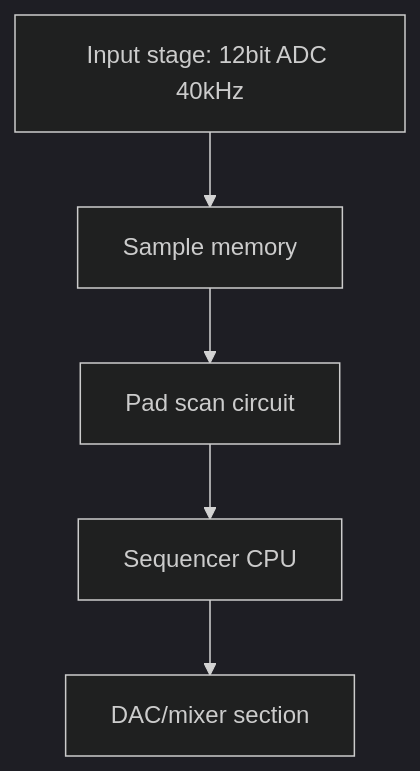
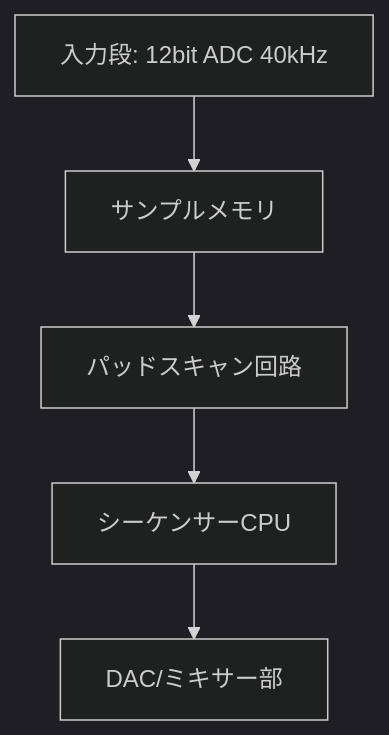
Before and after one commit to monumental-movement/monumental-movement.github.io: the fifth of 21 diagrams in en/_posts/2025-11-20-column-akai-mpc-60-emu-sp1200.md, drawn with Mermaid (dark theme). The commit also changed other lines of this file and 2196 other files, not shown here.

```diff
--- a/en/_posts/2025-11-20-column-akai-mpc-60-emu-sp1200.md
+++ b/en/_posts/2025-11-20-column-akai-mpc-60-emu-sp1200.md
@@ -287,9 +287,9 @@
 <div class="mermaid">
     
 flowchart TD
-    A["Input stage: 12bit ADC 40kHz"] --> B["Sample memory"]
-    B --> C["Pad scan circuit"]
-    C --> D["Sequencer CPU"]
-    D --> E["DAC/mixer section"]
+    A["入力段: 12bit ADC 40kHz"] --> B["サンプルメモリ"]
+    B --> C["パッドスキャン回路"]
+    C --> D["シーケンサーCPU"]
+    D --> E["DAC/ミキサー部"]
 
 </div> 
```
